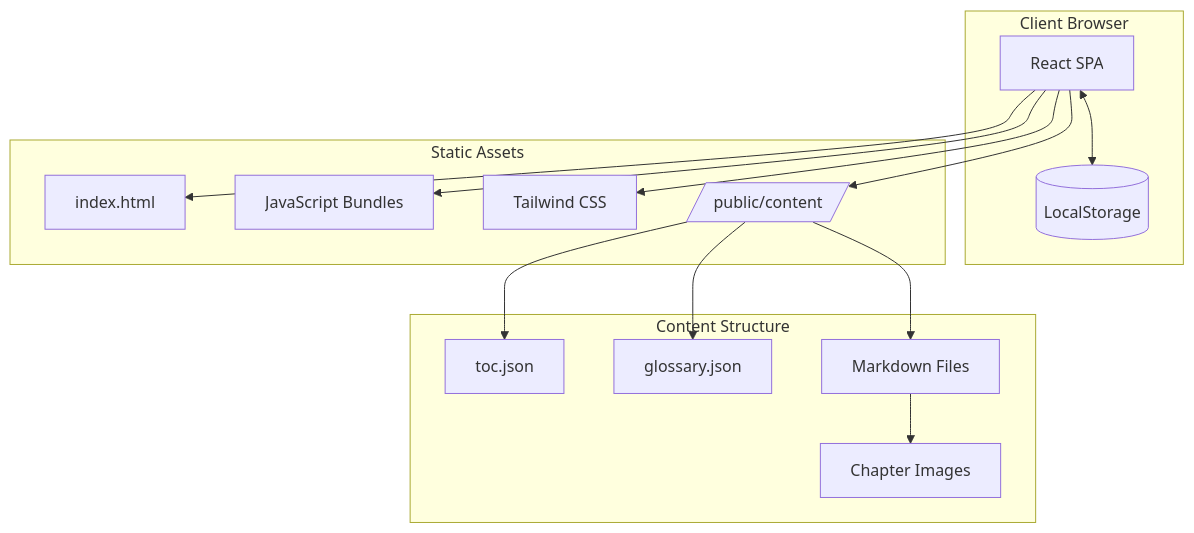
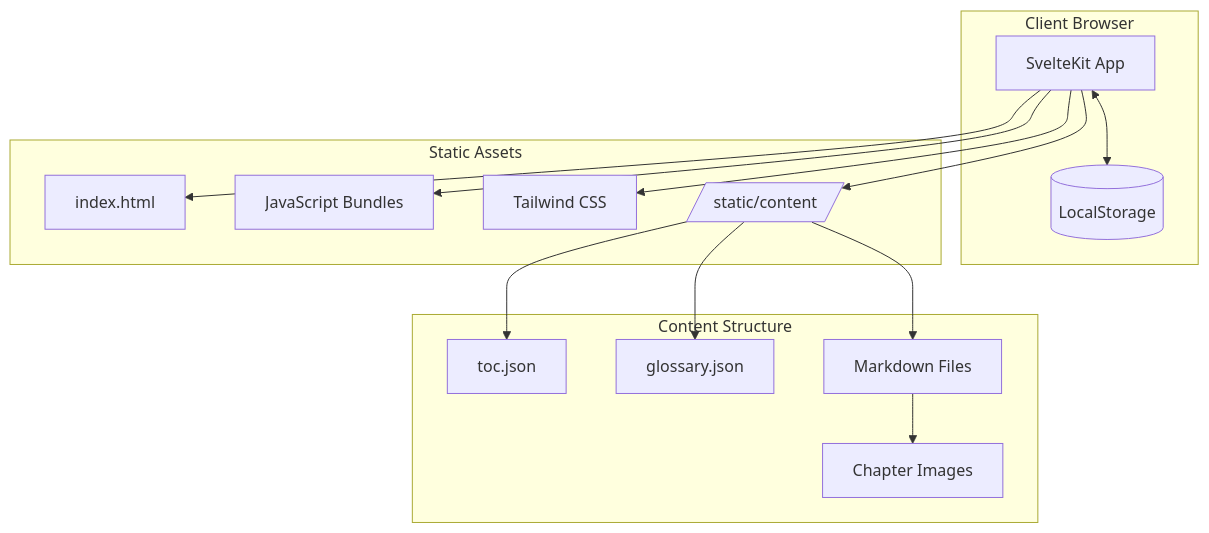
Before and after one commit to SigurdurVilhelmsson/namsbokasafn-vefur: the first of 5 diagrams in docs/ARCHITECTURE.md, drawn with Mermaid. The commit also changed other lines of this file and 5 other files, not shown here.

First line of the commit message:
Update documentation for SvelteKit migration

````diff
--- a/docs/ARCHITECTURE.md
+++ b/docs/ARCHITECTURE.md
@@ -7,31 +7,31 @@
 ```mermaid
 graph TB
     subgraph "Client Browser"
-        UI[React SPA]
+        UI[SvelteKit App]
         LocalStorage[(LocalStorage)]
     end
 
     subgraph "Static Assets"
         HTML[index.html]
         JS[JavaScript Bundles]
         CSS[Tailwind CSS]
-        Content[/public/content/]
+        Content[/static/content/]
     end
 
     subgraph "Content Structure"
         TOC[toc.json]
         Glossary[glossary.json]
         Chapters[Markdown Files]
         Images[Chapter Images]
     end
 
     UI --> HTML
     UI --> JS
     UI --> CSS
     UI --> Content
     UI <--> LocalStorage
     Content --> TOC
     Content --> Glossary
     Content --> Chapters
     Chapters --> Images
 ```
````
